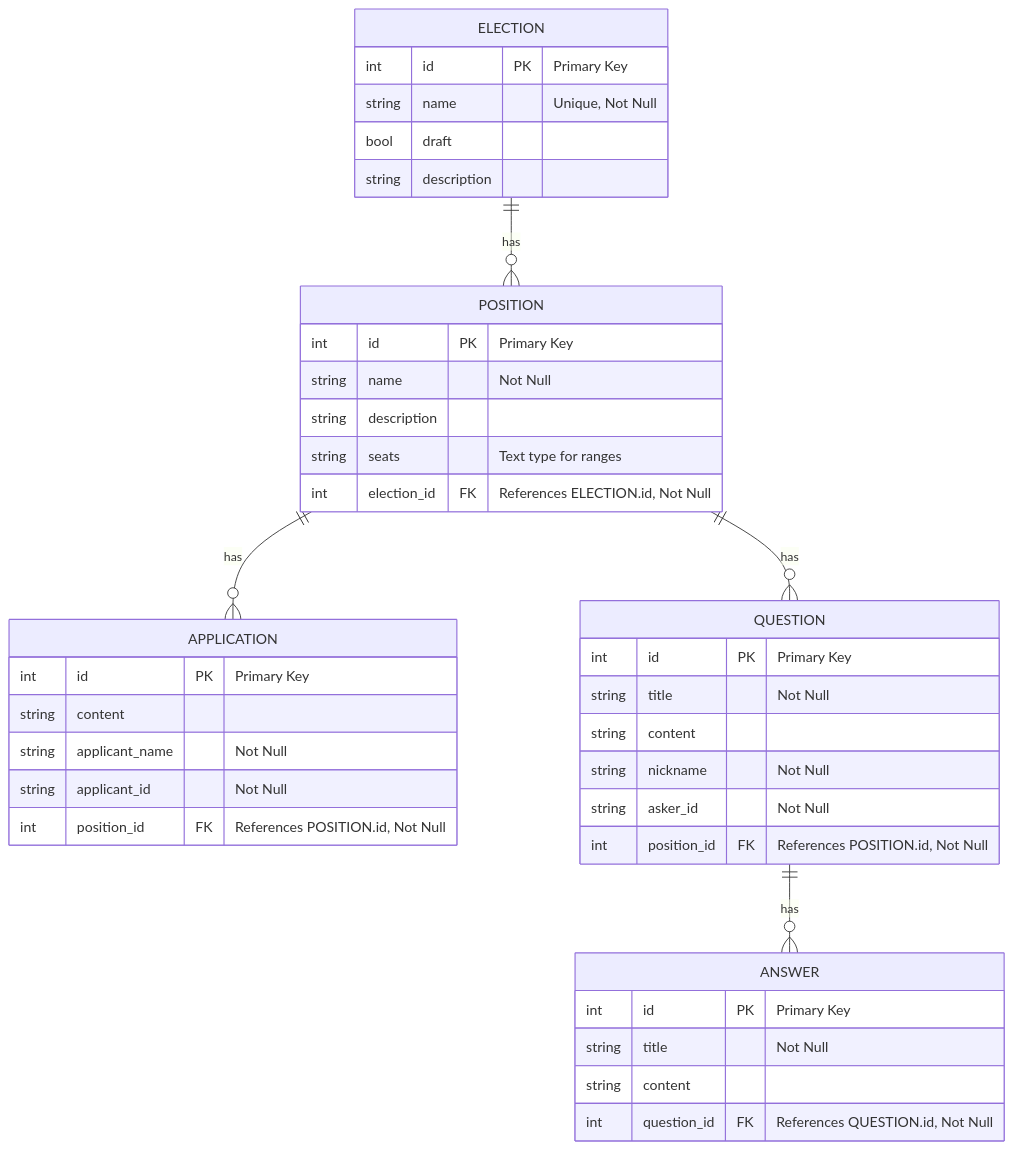
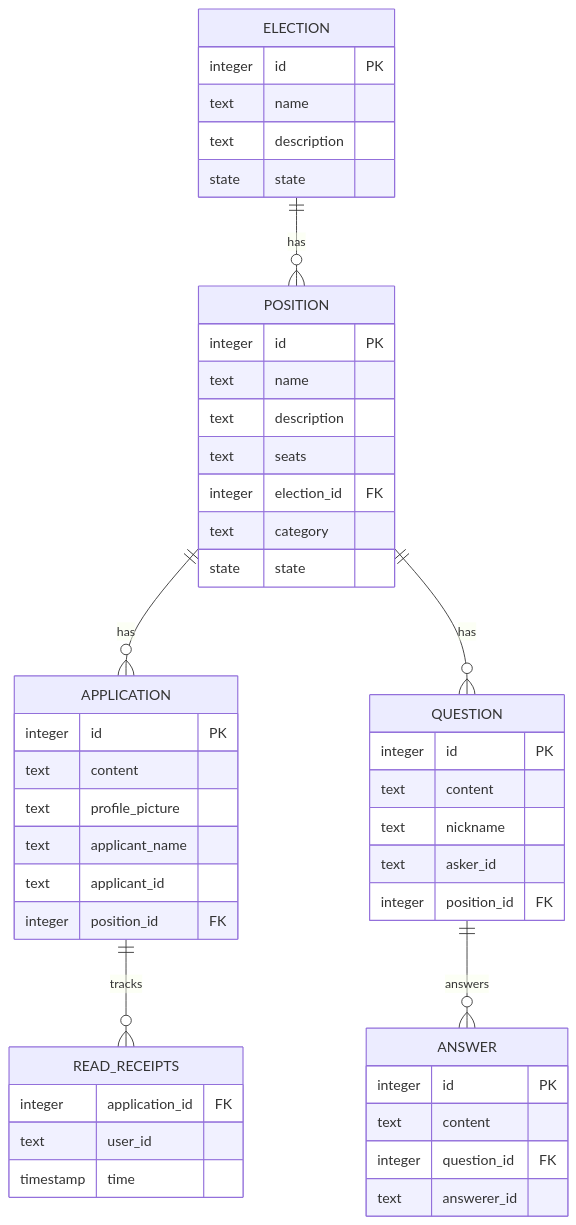
Before and after one commit to Prodeko/vaaliplatta: the diagram in README.md, drawn with Mermaid. The commit also changed other lines of this file, not shown here.

````diff
--- a/README.md
+++ b/README.md
@@ -27,42 +42,51 @@
 ```mermaid
 erDiagram
     ELECTION {
-        int id PK "Primary Key"
-        string name "Unique, Not Null"
-        bool draft
-        string description
+        integer id PK
+        text name
+        text description
+        state state
     }
     POSITION {
-        int id PK "Primary Key"
-        string name "Not Null"
-        string description
-        string seats "Text type for ranges"
-        int election_id FK "References ELECTION.id, Not Null"
+        integer id PK
+        text name
+        text description
+        text seats
+        integer election_id FK
+        text category
+        state state
     }
     APPLICATION {
-        int id PK "Primary Key"
-        string content
-        string applicant_name "Not Null"
-        string applicant_id "Not Null"
-        int position_id FK "References POSITION.id, Not Null"
+        integer id PK
+        text content
+        text profile_picture
+        text applicant_name
+        text applicant_id
+        integer position_id FK
     }
     QUESTION {
-        int id PK "Primary Key"
-        string title "Not Null"
-        string content
-        string nickname "Not Null"
-        string asker_id "Not Null"
-        int position_id FK "References POSITION.id, Not Null"
+        integer id PK
+        text content
+        text nickname
+        text asker_id
+        integer position_id FK
     }
     ANSWER {
-        int id PK "Primary Key"
-        string title "Not Null"
-        string content
-        int question_id FK "References QUESTION.id, Not Null"
+        integer id PK
+        text content
+        integer question_id FK
+        text answerer_id
+    }
+    READ_RECEIPTS {
+        integer application_id FK
+        text user_id
+        timestamp time
     }
 
     ELECTION ||--o{ POSITION : "has"
     POSITION ||--o{ APPLICATION : "has"
     POSITION ||--o{ QUESTION : "has"
-    QUESTION ||--o{ ANSWER : "has"
+    APPLICATION ||--o{ READ_RECEIPTS : "tracks"
+    QUESTION ||--o{ ANSWER : "answers"
+
 ```
````
